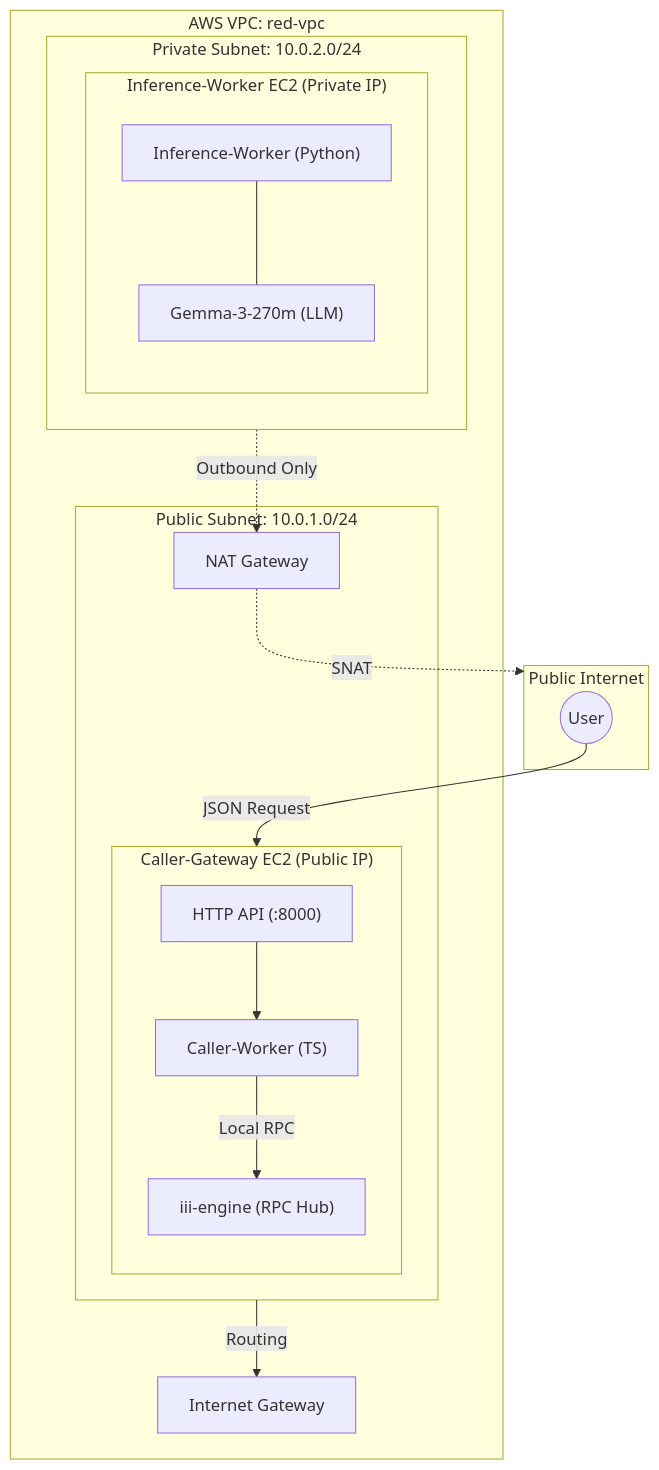
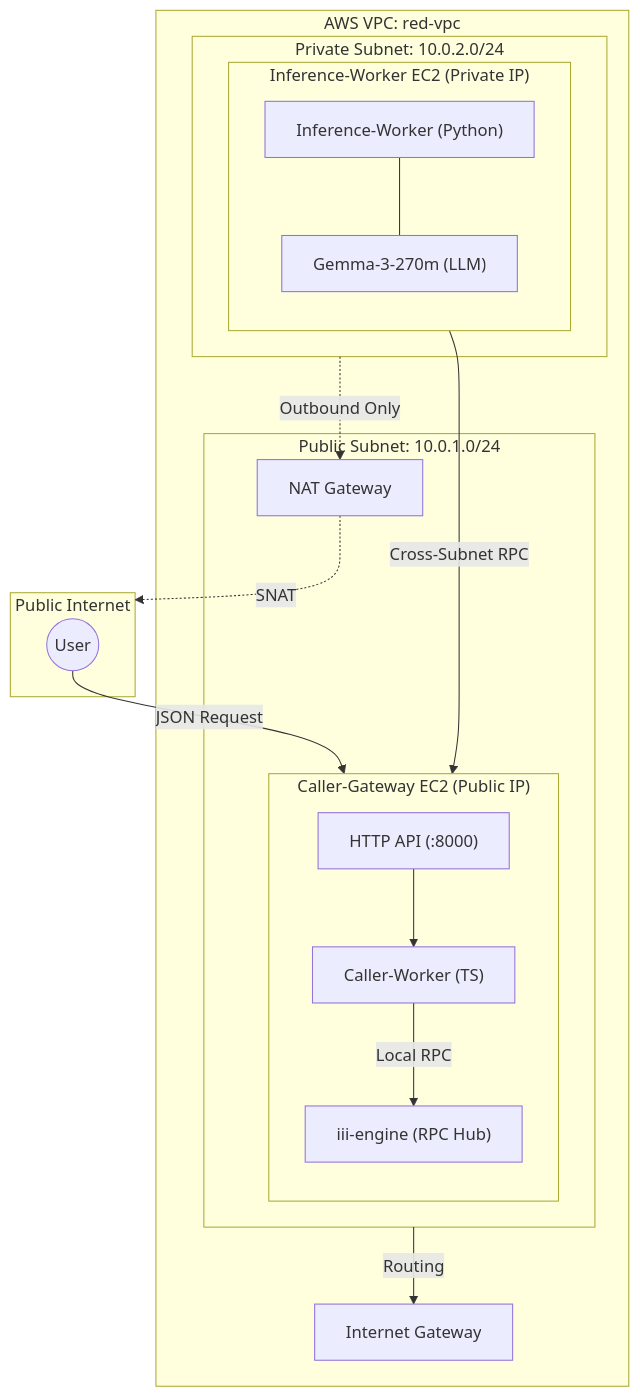
One commit to daschinmoy21/infra changed the diagram in README.md. Above: the diagram before and after it, drawn with Mermaid.

Commit message:
docs: add missing cross-subnet RPC connection to architecture diagram

````diff
--- a/README.md
+++ b/README.md
@@ -10,38 +10,39 @@
 ```mermaid
 graph TD
     subgraph Public ["Public Internet"]
         User((User))
     end
 
     subgraph VPC ["AWS VPC: red-vpc"]
         subgraph PublicSubnet ["Public Subnet: 10.0.1.0/24"]
             subgraph GatewayVM ["Caller-Gateway EC2 (Public IP)"]
                 direction TB
                 API["HTTP API (:8000)"]
                 TS["Caller-Worker (TS)"]
                 Hub["iii-engine (RPC Hub)"]
                 
                 API --> TS
                 TS -- "Local RPC" --> Hub
             end
             NAT["NAT Gateway"]
         end
 
         subgraph PrivateSubnet ["Private Subnet: 10.0.2.0/24"]
             subgraph InferenceVM ["Inference-Worker EC2 (Private IP)"]
                 direction TB
                 Py["Inference-Worker (Python)"]
                 Model["Gemma-3-270m (LLM)"]
                 
                 Py --- Model
             end
         end
 
         IGW["Internet Gateway"]
         PublicSubnet -- "Routing" --> IGW
         PrivateSubnet -. "Outbound Only" .-> NAT
     end
 
     User -- "JSON Request" --> API
     NAT -. "SNAT" .-> Public
+    Py -- "Cross-Subnet RPC" --> Hub
 ```
````
